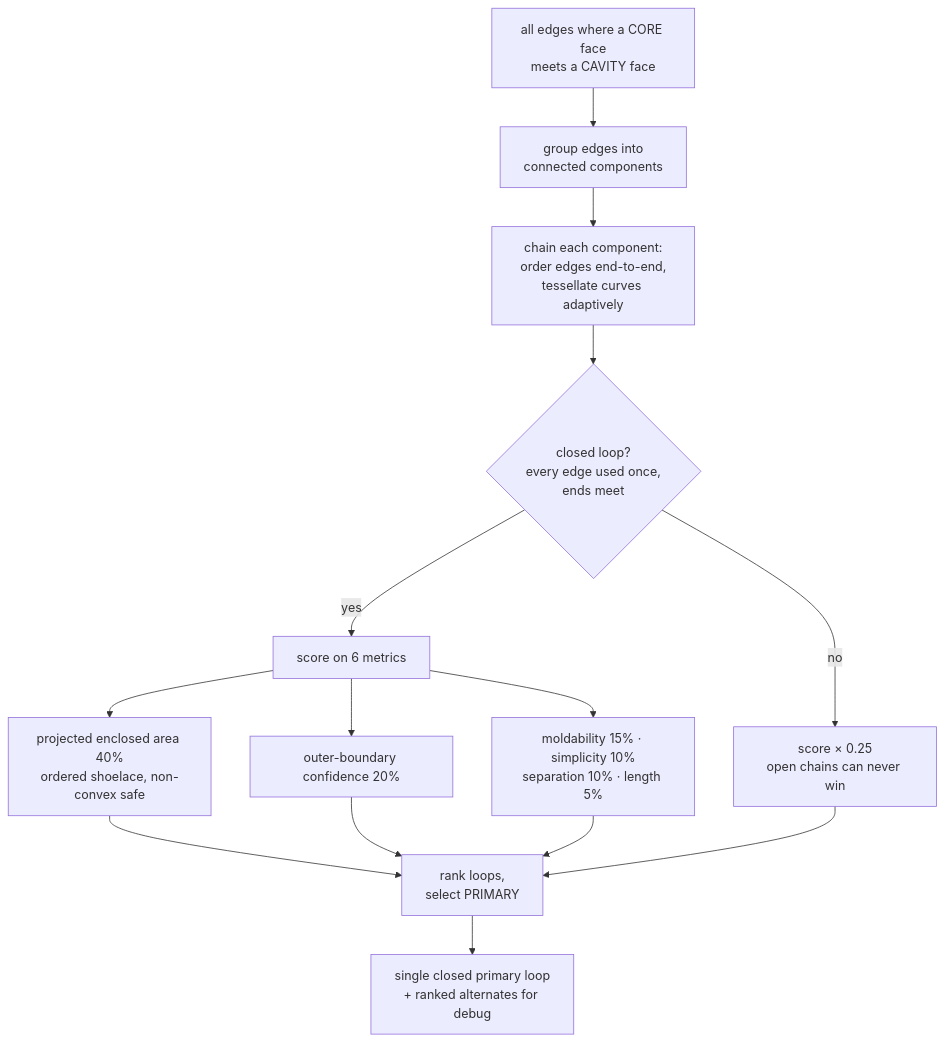
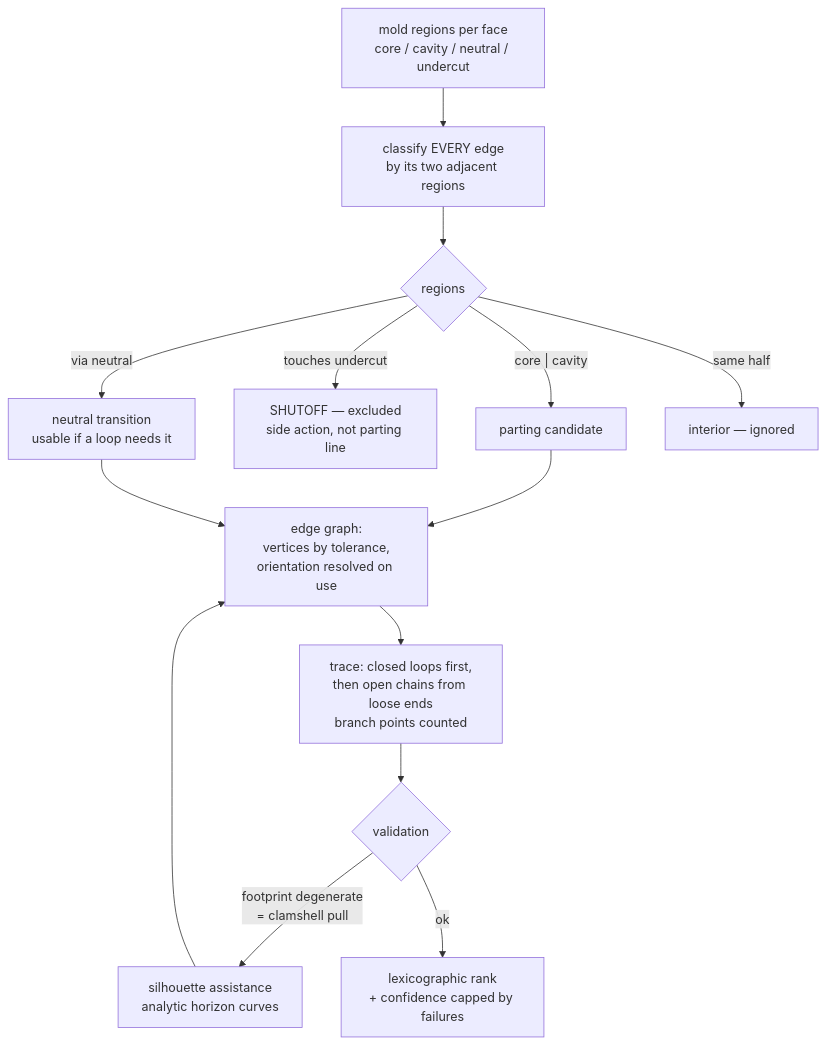
Before and after one commit to Vivek1537/dfm-agent: the fourth of 4 diagrams in docs/technical-document.md, drawn with Mermaid. The commit also changed other lines of this file and 34 other files, not shown here.

````diff
--- a/docs/technical-document.md
+++ b/docs/technical-document.md
@@ -175,16 +334,16 @@
 ```mermaid
 flowchart TD
-    A[all edges where a CORE face\nmeets a CAVITY face] --> B[group edges into\nconnected components]
-    B --> C[chain each component:\norder edges end-to-end,\ntessellate curves adaptively]
-    C --> D{closed loop?\nevery edge used once,\nends meet}
-    D -- no --> E[score × 0.25\nopen chains can never win]
-    D -- yes --> F[score on 6 metrics]
-    F --> G[projected enclosed area 40%\nordered shoelace, non-convex safe]
-    F --> H[outer-boundary confidence 20%]
-    F --> I[moldability 15% · simplicity 10%\nseparation 10% · length 5%]
-    G --> J[rank loops,\nselect PRIMARY]
-    H --> J
-    I --> J
-    E --> J
-    J --> K[single closed primary loop\n+ ranked alternates for debug]
+    A[mold regions per face\ncore / cavity / neutral / undercut] --> B[classify EVERY edge\nby its two adjacent regions]
+    B --> C{regions}
+    C -- "core | cavity" --> D[parting candidate]
+    C -- "touches undercut" --> E[SHUTOFF — excluded\nside action, not parting line]
+    C -- "via neutral" --> F[neutral transition\nusable if a loop needs it]
+    C -- same half --> G[interior — ignored]
+    D --> H[edge graph:\nvertices by tolerance,\norientation resolved on use]
+    F --> H
+    H --> I[trace: closed loops first,\nthen open chains from loose ends\nbranch points counted]
+    I --> J{validation}
+    J -- "footprint degenerate\n= clamshell pull" --> K[silhouette assistance\nanalytic horizon curves]
+    K --> H
+    J -- ok --> L[lexicographic rank\n+ confidence capped by failures]
 ```
````
